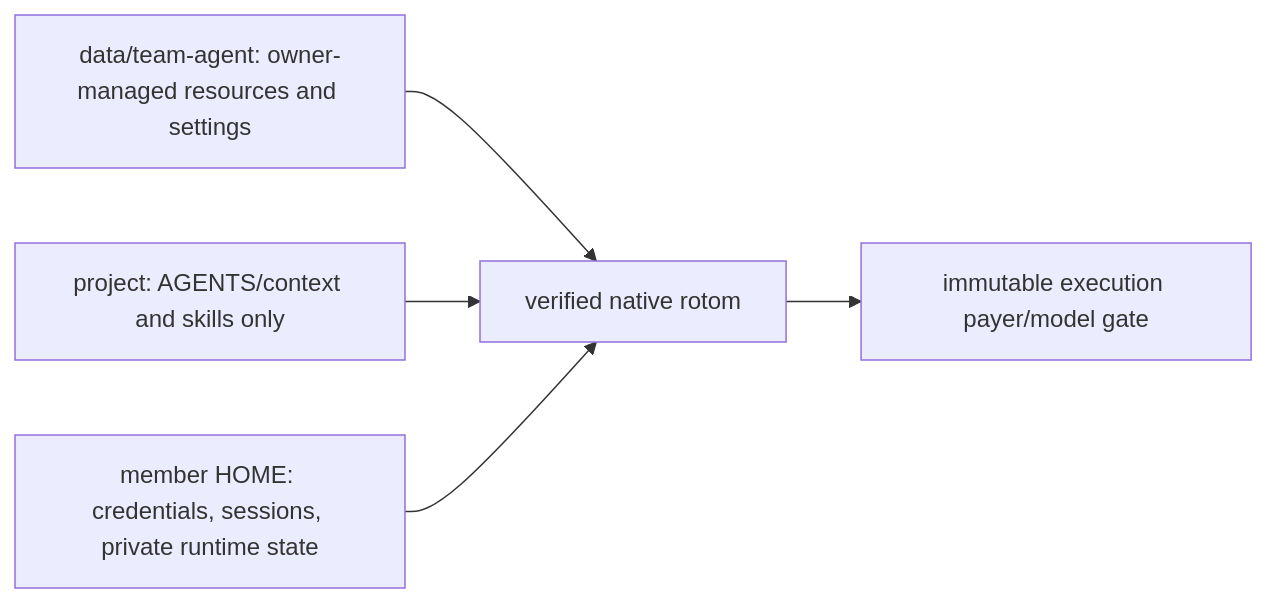
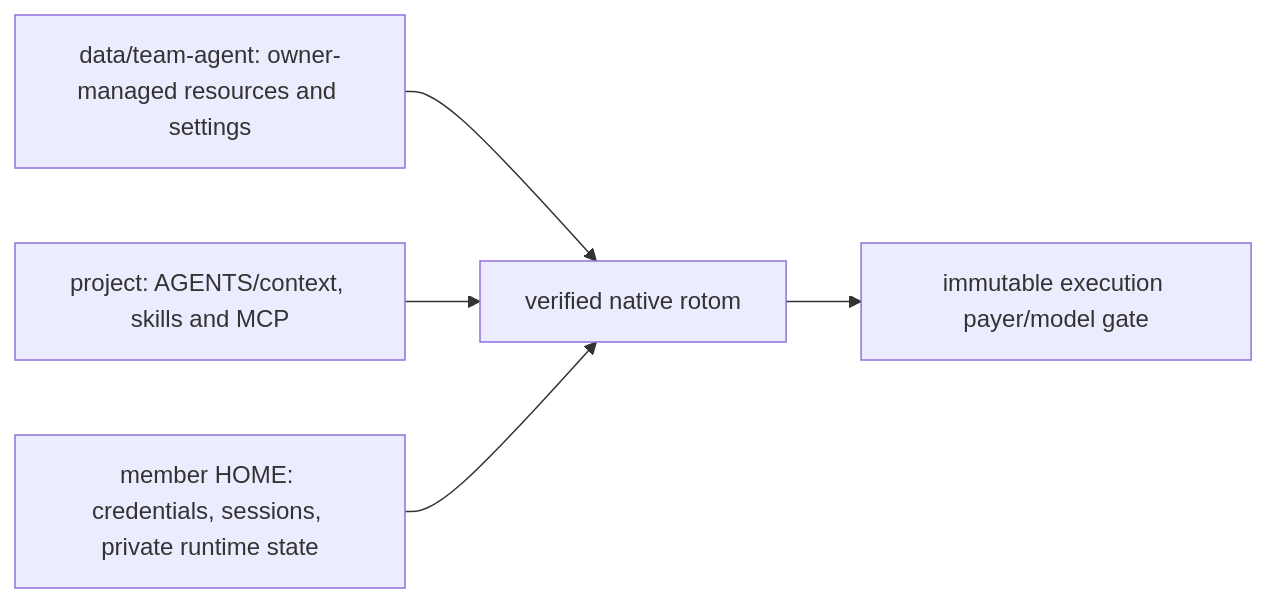
Before and after one commit to bingjiang0611/rotom-team: the diagram in docs/CONFIGURATION.md, drawn with Mermaid. The commit also changed other lines of this file and 15 other files, not shown here.

Commit message:
fix: load project MCP with native precedence and member auth

````diff
--- a/docs/CONFIGURATION.md
+++ b/docs/CONFIGURATION.md
@@ -5,7 +5,7 @@
 ```mermaid
 flowchart LR
     S["data/team-agent: owner-managed resources and settings"] --> R["verified native rotom"]
-    P["project: AGENTS/context and skills only"] --> R
+    P["project: AGENTS/context, skills and MCP"] --> R
     H["member HOME: credentials, sessions, private runtime state"] --> R
     R --> G["immutable execution payer/model gate"]
 ```
````
